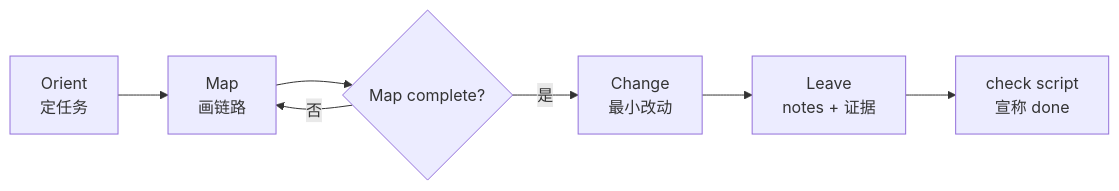
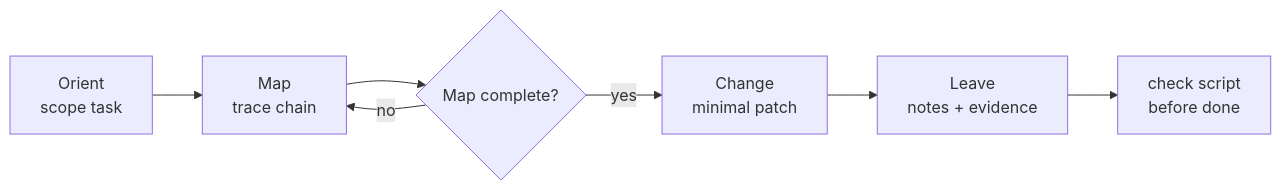
The diagram in README.md (Seven-second-fish/legacy-delegate), drawn with Mermaid before and after one commit. The commit also changed other lines of this file and 1 other file, not shown here.

````diff
--- a/README.md
+++ b/README.md
@@ -37,9 +39,9 @@
 ```mermaid
 flowchart LR
-  A[Orient<br/>定任务] --> B[Map<br/>画链路]
+  A[Orient<br/>scope task] --> B[Map<br/>trace chain]
   B --> C{Map complete?}
-  C -->|否| B
-  C -->|是| D[Change<br/>最小改动]
-  D --> E[Leave<br/>notes + 证据]
-  E --> F[check script<br/>宣称 done]
+  C -->|no| B
+  C -->|yes| D[Change<br/>minimal patch]
+  D --> E[Leave<br/>notes + evidence]
+  E --> F[check script<br/>before done]
 ```
````
